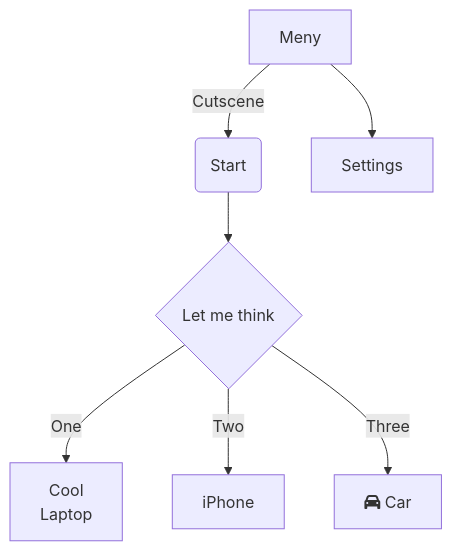
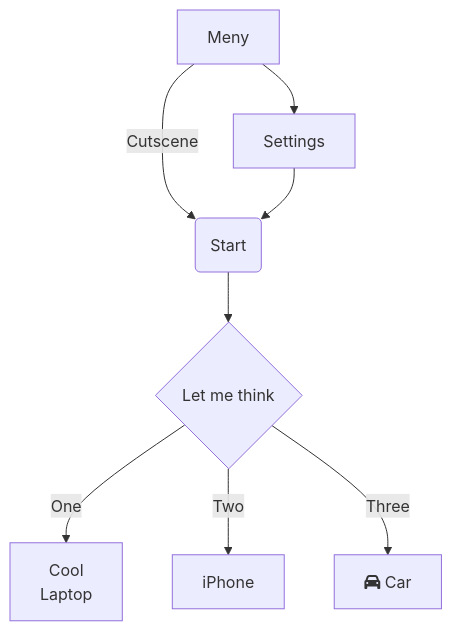
The diagram in Dokumentation/Planering.mmd (WilleGyr/Project-Intro-Ingenjorsarbete), drawn with Mermaid before and after one commit.

```diff
--- a/Dokumentation/Planering.mmd
+++ b/Dokumentation/Planering.mmd
@@ -1,7 +1,8 @@
 graph TD
     A[Meny] -->|Cutscene| B(Start)
     A[Meny] --> Settings
+    Settings --> B(Start)
     B --> C{Let me think}
     C -->|One| D["Cool <br> Laptop"]
     C -->|Two| E[iPhone]
     C -->|Three| F[fa:fa-car Car]
```
